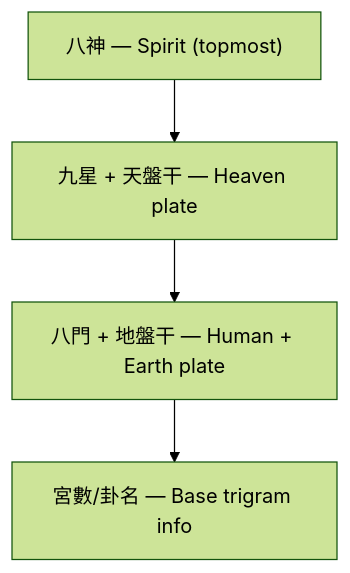
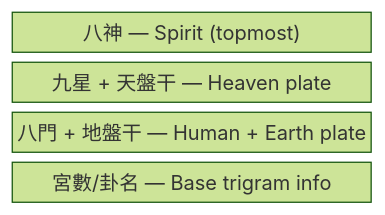
One commit to h4x0r/stembranch changed the third of 5 diagrams in docs/research/2026-03-02-divination-chart-display.md. Above: the diagram before and after it, drawn with Mermaid (forest theme). The commit also changed other lines of this file and 4 other files, not shown here.

First line of the commit message:
docs: fix Mermaid diagram types and resolve orphaned footnotes

````diff
--- a/docs/research/2026-03-02-divination-chart-display.md
+++ b/docs/research/2026-03-02-divination-chart-display.md
@@ -116,6 +116,8 @@
 ```mermaid
-graph TD
-  A["八神 — Spirit (topmost)"] --> B["九星 + 天盤干 — Heaven plate"]
-  B --> C["八門 + 地盤干 — Human + Earth plate"]
-  C --> D["宮數/卦名 — Base trigram info"]
+block-beta
+  columns 1
+  a["八神 — Spirit (topmost)"]
+  b["九星 + 天盤干 — Heaven plate"]
+  c["八門 + 地盤干 — Human + Earth plate"]
+  d["宮數/卦名 — Base trigram info"]
 ```
````
